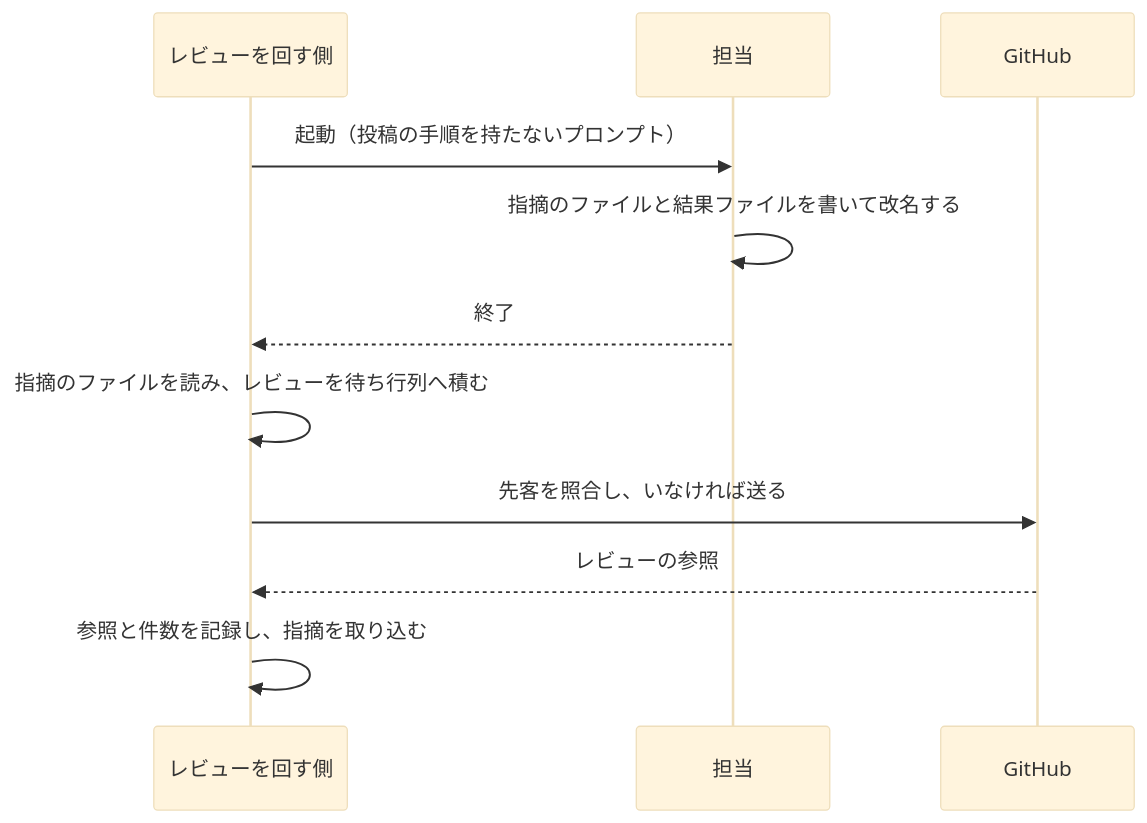
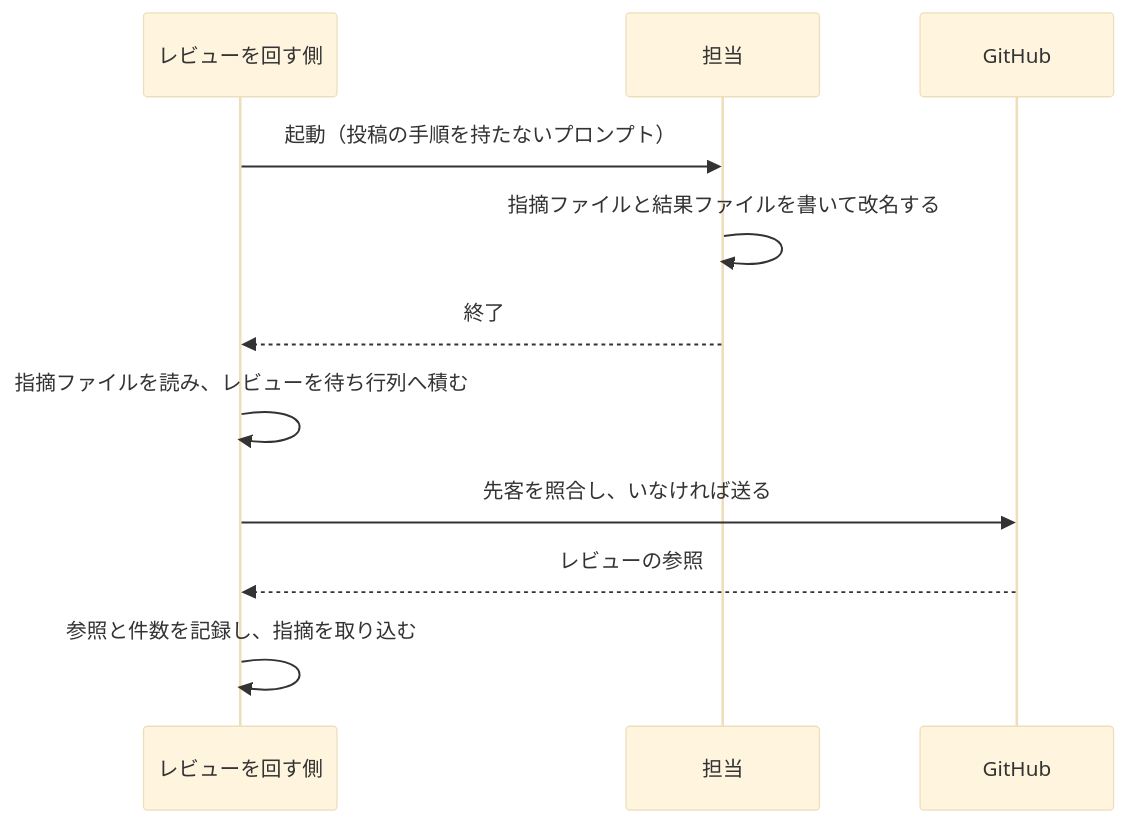
Before and after one commit to devbasex/ai-plugins: the first of 2 diagrams in docs/specifications/cross-review-writes-to-conductor.md, drawn with Mermaid (base theme). The commit also changed other lines of this file and 1 other file, not shown here.

````diff
--- a/docs/specifications/cross-review-writes-to-conductor.md
+++ b/docs/specifications/cross-review-writes-to-conductor.md
@@ -174,13 +174,13 @@
 ```mermaid
 sequenceDiagram
     participant M as レビューを回す側
     participant A as 担当
     participant G as GitHub
     M->>A: 起動（投稿の手順を持たないプロンプト）
-    A->>A: 指摘のファイルと結果ファイルを書いて改名する
+    A->>A: 指摘ファイルと結果ファイルを書いて改名する
     A-->>M: 終了
-    M->>M: 指摘のファイルを読み、レビューを待ち行列へ積む
+    M->>M: 指摘ファイルを読み、レビューを待ち行列へ積む
     M->>G: 先客を照合し、いなければ送る
     G-->>M: レビューの参照
     M->>M: 参照と件数を記録し、指摘を取り込む
 ```
````
